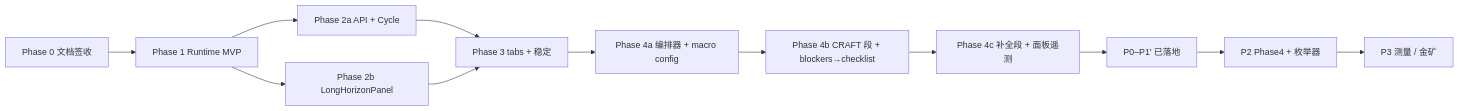
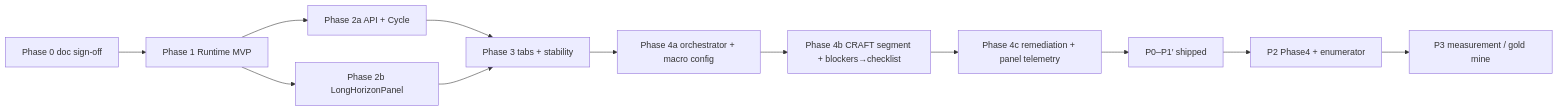
The fourth of 4 diagrams in docs/harness/LONG_HORIZON_CODE_TASKS.md (didclawapp-ai/zagens), drawn with Mermaid before and after one commit. The commit also changed other lines of this file and 26 other files, not shown here.

````diff
--- a/docs/harness/LONG_HORIZON_CODE_TASKS.md
+++ b/docs/harness/LONG_HORIZON_CODE_TASKS.md
@@ -1402,14 +1408,14 @@
 ```mermaid
 flowchart LR
-  P0[Phase 0 文档签收] --> P1[Phase 1 Runtime MVP]
+  P0[Phase 0 doc sign-off] --> P1[Phase 1 Runtime MVP]
   P1 --> P2a[Phase 2a API + Cycle]
   P1 --> P2b[Phase 2b LongHorizonPanel]
-  P2a --> P3[Phase 3 tabs + 稳定]
+  P2a --> P3[Phase 3 tabs + stability]
   P2b --> P3
-  P3 --> P4a[Phase 4a 编排器 + macro config]
-  P4a --> P4b[Phase 4b CRAFT 段 + blockers→checklist]
-  P4b --> P4c[Phase 4c 补全段 + 面板遥测]
-  P4c --> Iter0[P0–P1′ 已落地]
-  Iter0 --> Iter2[P2 Phase4 + 枚举器]
-  Iter2 --> Iter3[P3 测量 / 金矿]
+  P3 --> P4a[Phase 4a orchestrator + macro config]
+  P4a --> P4b[Phase 4b CRAFT segment + blockers→checklist]
+  P4b --> P4c[Phase 4c remediation + panel telemetry]
+  P4c --> Iter0[P0–P1′ shipped]
+  Iter0 --> Iter2[P2 Phase4 + enumerator]
+  Iter2 --> Iter3[P3 measurement / gold mine]
 ```
````
